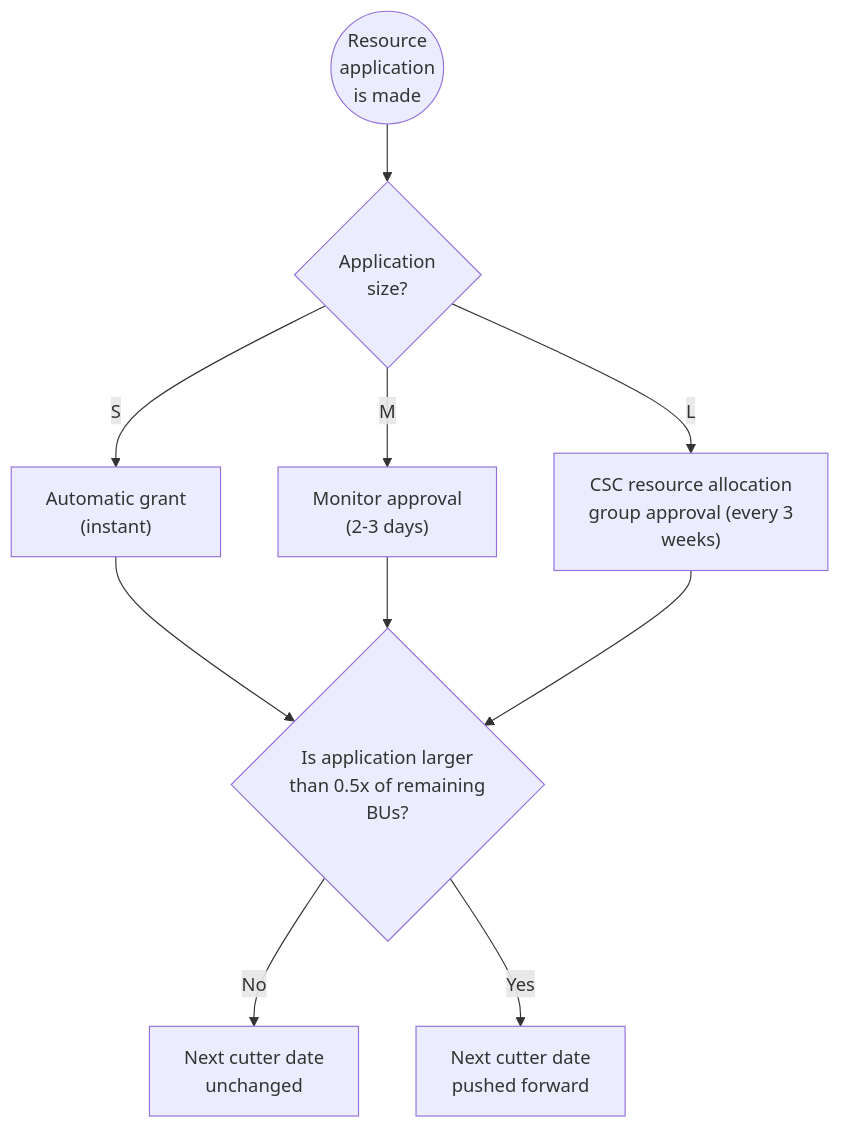
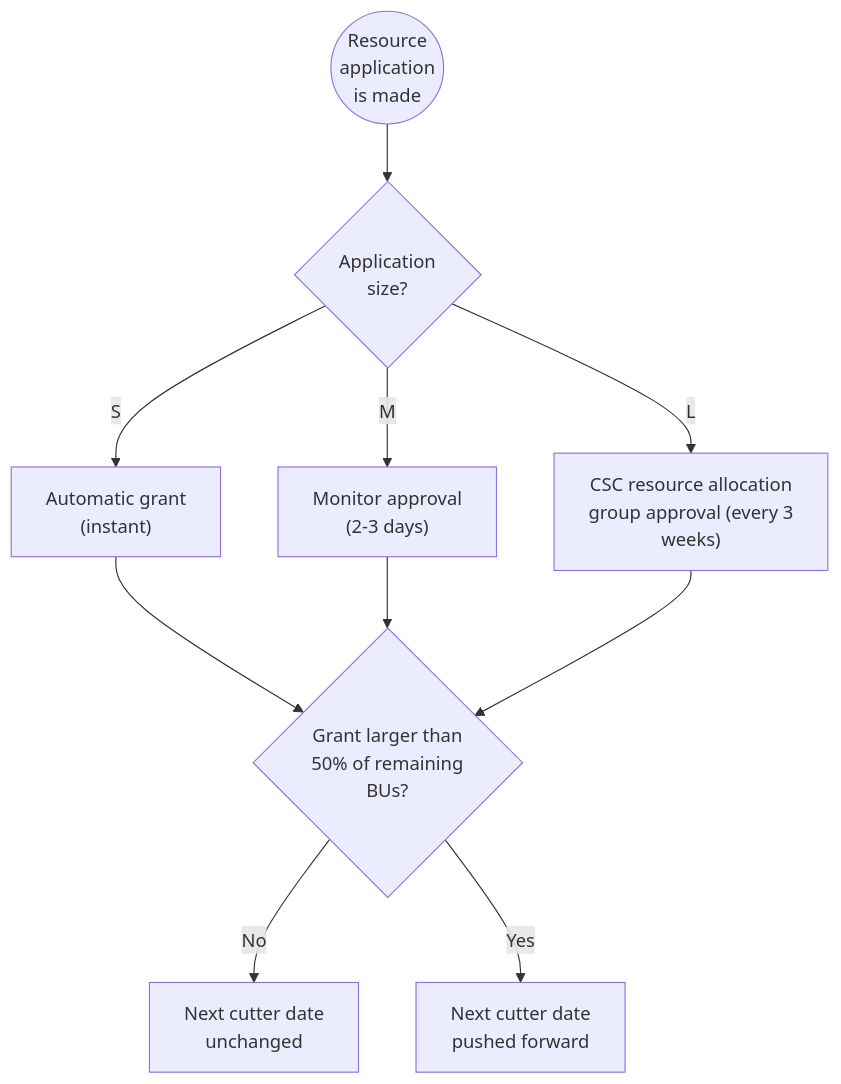
One commit to CSCfi/csc-user-guide changed the diagram in docs/accounts/how-to-apply-for-billing-units.md. Above: the diagram before and after it, drawn with Mermaid. The commit also changed other lines of this file and 7 other files, not shown here.

````diff
--- a/docs/accounts/how-to-apply-for-billing-units.md
+++ b/docs/accounts/how-to-apply-for-billing-units.md
@@ -52,32 +54,32 @@
 ```mermaid
 flowchart TD
     A(("Resource
        application
        is made"))
     B{Application
       size?}
     C1["Automatic grant
        (instant)"]
     C2["Monitor approval
        (2-3 days)"]
     C3["CSC resource allocation
        group approval (every 3
        weeks)"]
-    D{"Is application larger
-      than 0.5x of remaining
+    D{"Grant larger than
+      50% of remaining
       BUs?"}
     E1["Next cutter date
        unchanged"]
     E2["Next cutter date
        pushed forward"]
 
     A-->B
     B-->|S|C1
     B-->|M|C2
     B-->|L|C3
     C1-->D
     C2-->D
     C3-->D
     D-->|No|E1
     D-->|Yes|E2
 ```
````
